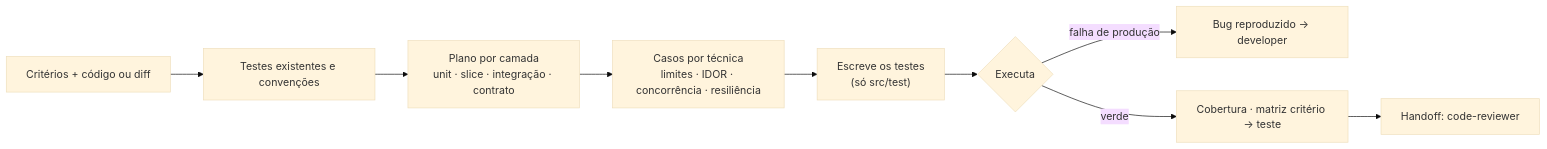
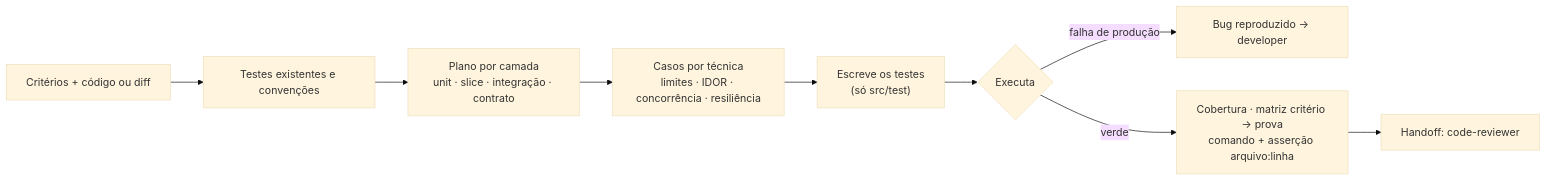
The eighth of 9 diagrams in README.md (edimilsonldutra/spring-boot-core), drawn with Mermaid (base theme) before and after one commit. The commit also changed other lines of this file and 13 other files, not shown here.

First line of the commit message:
Cobertura dos conjuntos, prova por critério e verificação independente (2.4.0)

````diff
--- a/README.md
+++ b/README.md
@@ -240,11 +240,11 @@
 ```mermaid
 flowchart LR
     A["Critérios + código ou diff"] --> B["Testes existentes e convenções"]
     B --> C["Plano por camada<br/>unit · slice · integração · contrato"]
     C --> D["Casos por técnica<br/>limites · IDOR · concorrência · resiliência"]
     D --> E["Escreve os testes<br/>(só src/test)"]
     E --> F{"Executa"}
     F -->|"falha de produção"| G["Bug reproduzido → developer"]
-    F -->|"verde"| H["Cobertura · matriz critério → teste"]
+    F -->|"verde"| H["Cobertura · matriz critério → prova<br/>comando + asserção arquivo:linha"]
     H --> I["Handoff: code-reviewer"]
 ```
````
